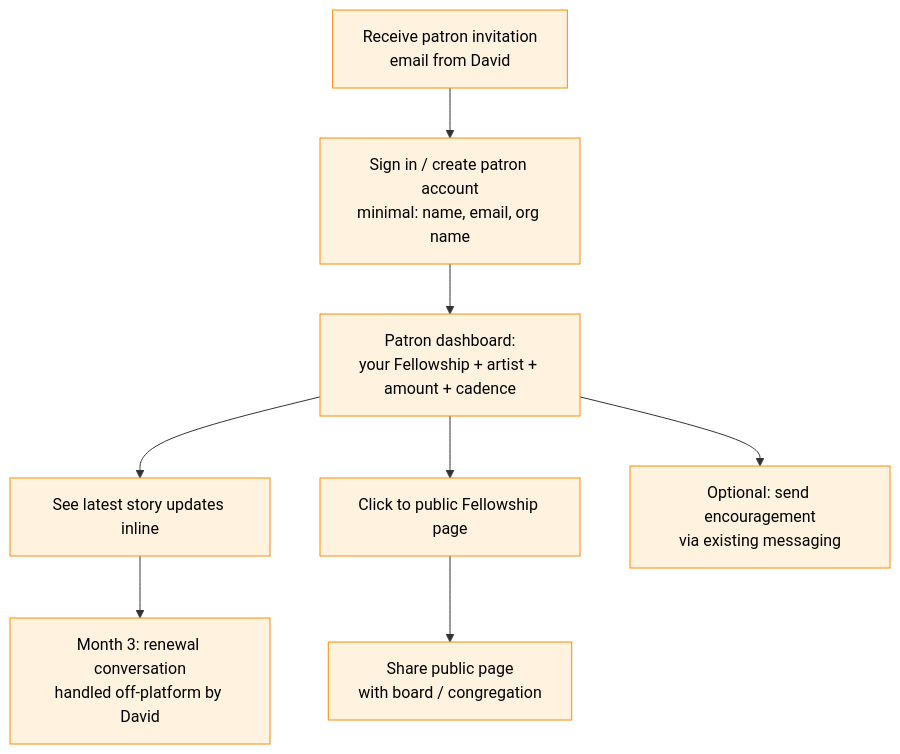
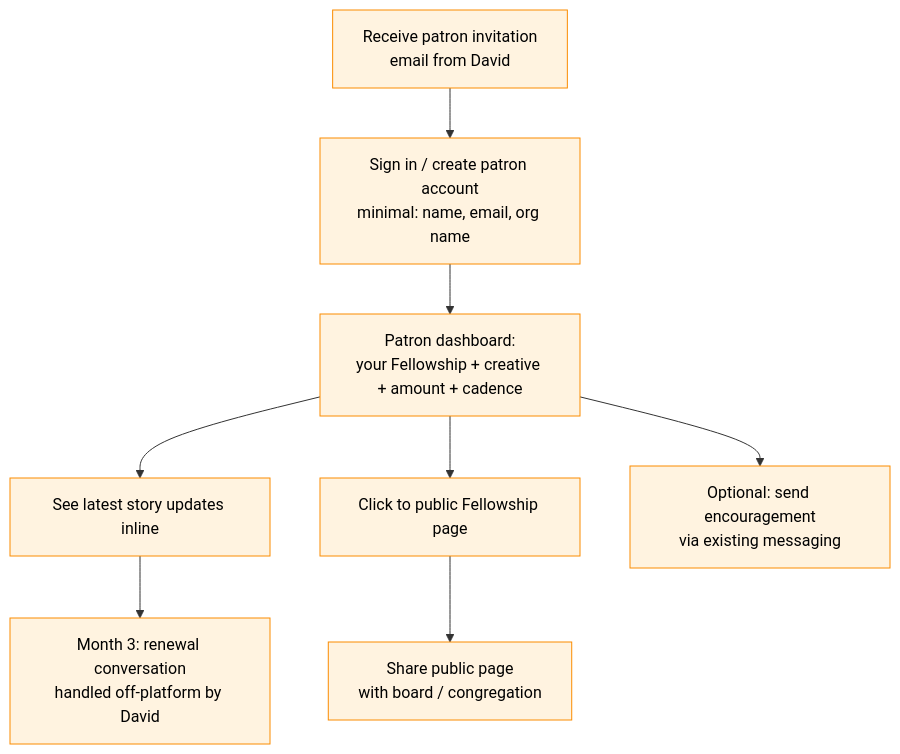
Before and after one commit to rockodragon/wonderwall: the third of 7 diagrams in docs/the-exchange-mvp.md, drawn with Mermaid. The commit also changed other lines of this file and 7 other files, not shown here.

````diff
--- a/docs/the-exchange-mvp.md
+++ b/docs/the-exchange-mvp.md
@@ -135,12 +137,12 @@
 ```mermaid
 flowchart TB
     classDef sponsor fill:#FFF3E0,stroke:#FB8C00,color:#000
     S1[Receive patron invitation<br/>email from David]:::sponsor
     S1 --> S2[Sign in / create patron account<br/>minimal: name, email, org name]:::sponsor
-    S2 --> S3[Patron dashboard:<br/>your Fellowship + artist + amount + cadence]:::sponsor
+    S2 --> S3[Patron dashboard:<br/>your Fellowship + creative + amount + cadence]:::sponsor
     S3 --> S4[See latest story updates inline]:::sponsor
     S3 --> S5[Click to public Fellowship page]:::sponsor
     S5 --> S6[Share public page<br/>with board / congregation]:::sponsor
     S3 --> S7[Optional: send encouragement<br/>via existing messaging]:::sponsor
     S4 --> S8[Month 3: renewal conversation<br/>handled off-platform by David]:::sponsor
 ```
````
